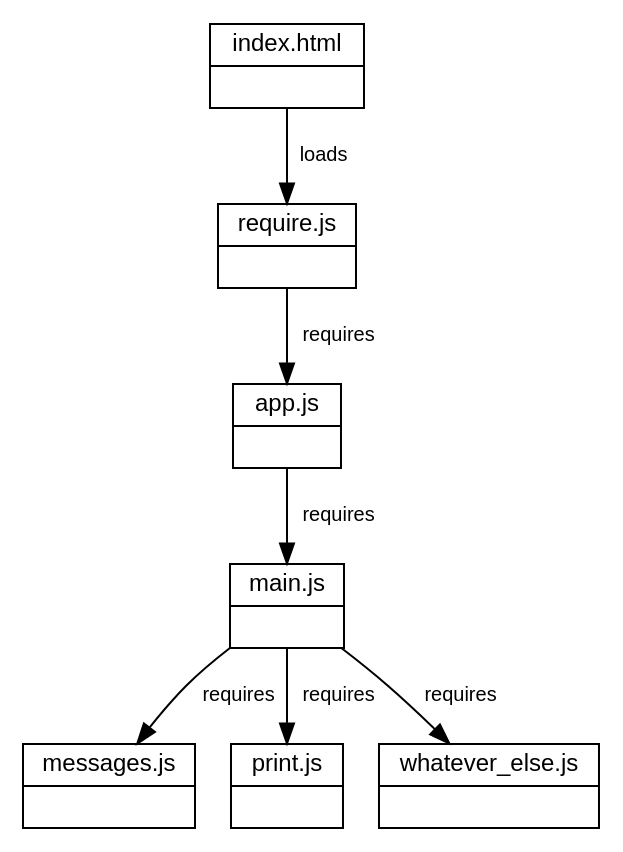
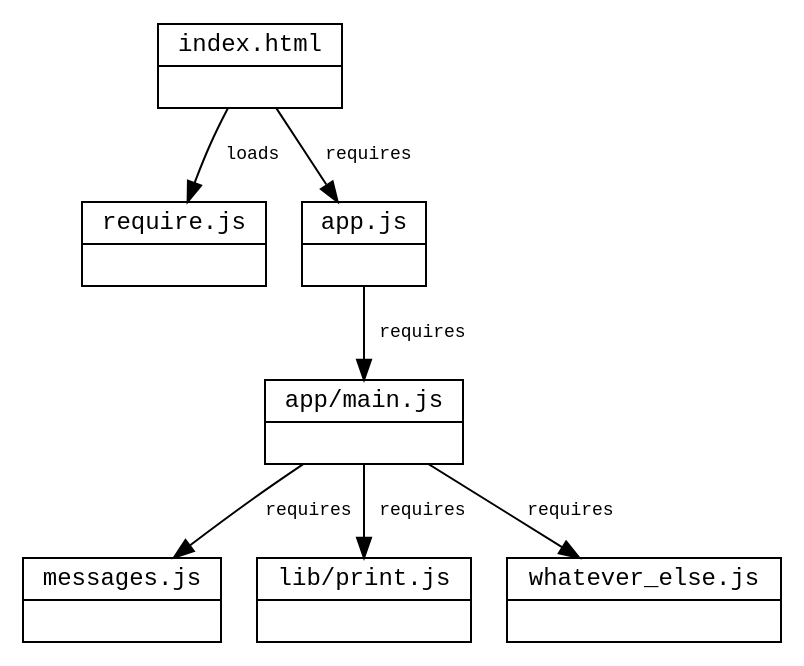
Before and after one commit to rudifa/create-template: the diagram in www/app/digraph.dot, drawn with Graphviz. The commit also changed 1 other file, not shown here.

```diff
--- a/www/app/digraph.dot
+++ b/www/app/digraph.dot
@@ -1,19 +1,19 @@
 digraph d {
-  node [fontname="sans-serif", fontsize=12, shape="record"]
-  edge [fontname="sans-serif", fontsize=10]
+  node [fontname="courier", fontsize=12, shape="record"]
+  edge [fontname="courier", fontsize=9]
 
   index [label="{<f0>index.html|<f1>}"]
   require [label="{<f0>require.js|<f1>}"]
   app [label="{<f0>app.js|<f1>}"]
-  main [label="{<f0>main.js|<f1>}"]
+  main [label="{<f0>app/main.js|<f1>}"]
   messages [label="{<f0>messages.js|<f1>}"]
-  print [label="{<f0>print.js|<f1>}"]
+  print [label="{<f0>lib/print.js|<f1>}"]
   whatever_else [label="{<f0>whatever_else.js|<f1>}"]
 
-  index -> require [label="   loads"]
-  require -> app [label="   requires"]
-  app -> main [label="   requires"]
-  main -> messages [label="   requires"]
-  main -> print [label="   requires"]
-  main -> whatever_else [label="   requires"]
+  index -> require [label="  loads"]
+  index -> app [label="  requires"]
+  app -> main [label="  requires"]
+  main -> messages [label="  requires"]
+  main -> print [label="  requires"]
+  main -> whatever_else [label="  requires"]
 }
```
